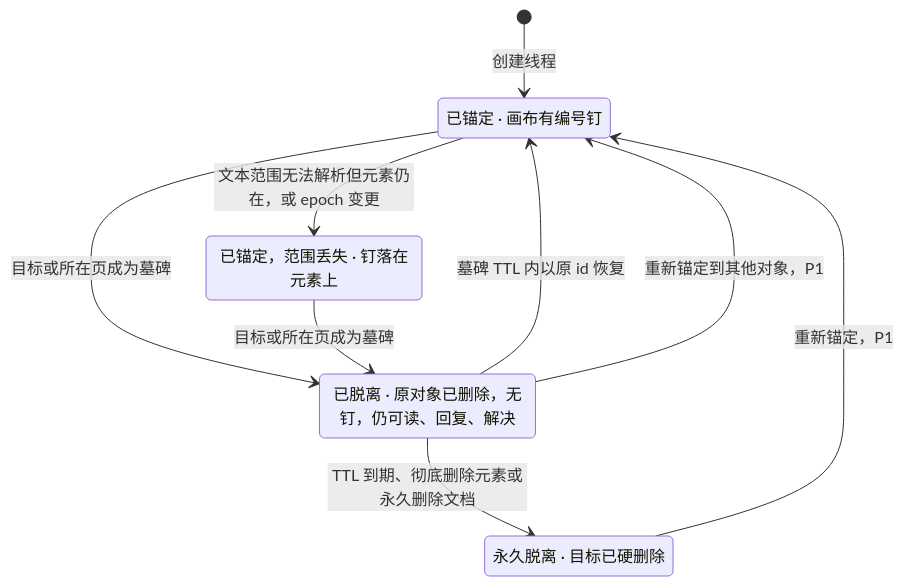
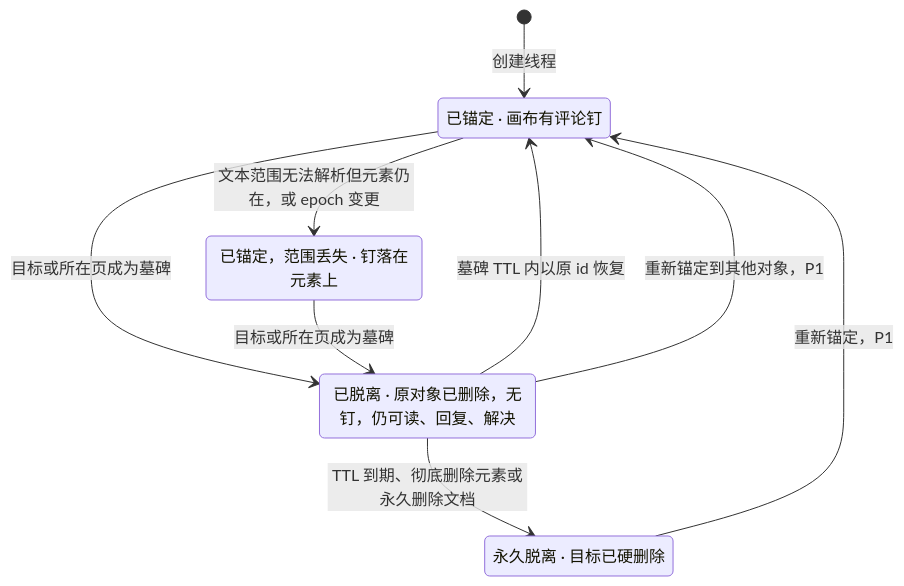
The fourth of 6 diagrams in docs/50-frontend/08-comments-and-version-history.md (Xeonice/cordis-ppt-editor), drawn with Mermaid before and after one commit. The commit also changed other lines of this file and 25 other files, not shown here.

````diff
--- a/docs/50-frontend/08-comments-and-version-history.md
+++ b/docs/50-frontend/08-comments-and-version-history.md
@@ -154,15 +242,15 @@
 ```mermaid
 stateDiagram-v2
-  state "已锚定 · 画布有编号钉" as anchored
+  state "已锚定 · 画布有评论钉" as anchored
   state "已锚定，范围丢失 · 钉落在元素上" as rangeLost
   state "已脱离 · 原对象已删除，无钉，仍可读、回复、解决" as detached
   state "永久脱离 · 目标已硬删除" as purged
   [*] --> anchored: 创建线程
   anchored --> rangeLost: 文本范围无法解析但元素仍在，或 epoch 变更
   anchored --> detached: 目标或所在页成为墓碑
   rangeLost --> detached: 目标或所在页成为墓碑
   detached --> anchored: 墓碑 TTL 内以原 id 恢复
   detached --> purged: TTL 到期、彻底删除元素或永久删除文档
   purged --> anchored: 重新锚定，P1
   detached --> anchored: 重新锚定到其他对象，P1
 ```
````
